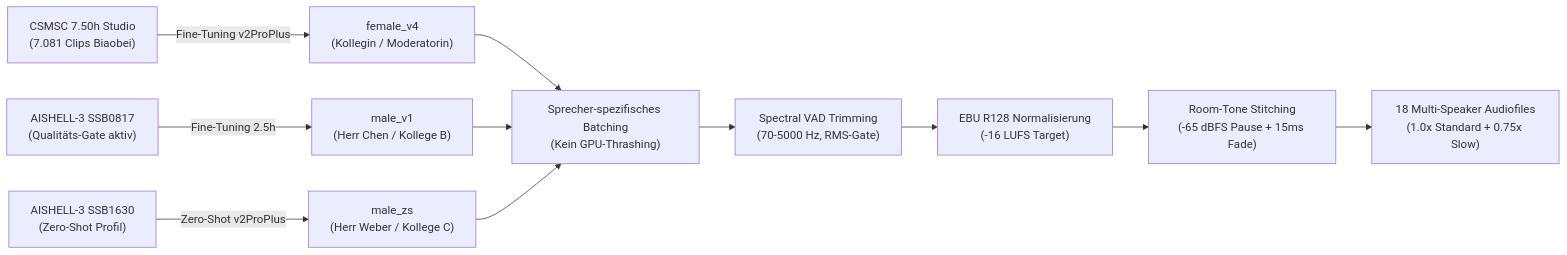
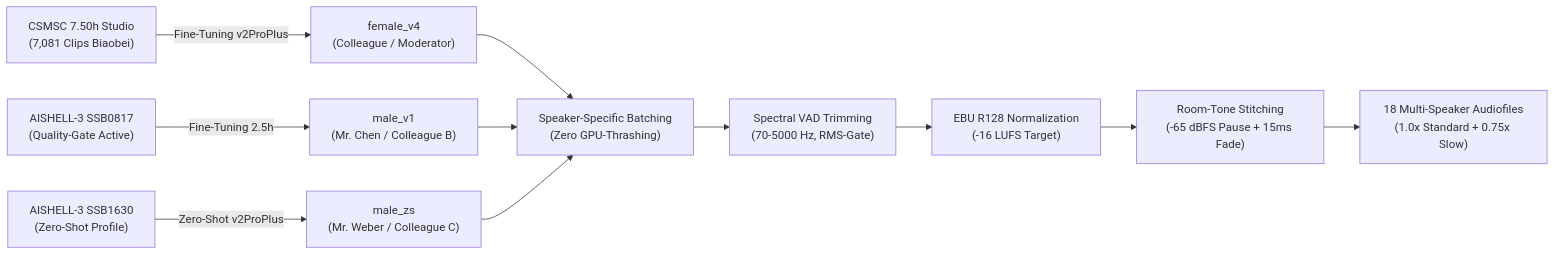
The second of 2 diagrams in src/content/docs/lectures/languages/chinese/index.mdx (NikkuIsRyu/Nikku.github.io), drawn with Mermaid before and after one commit. The commit also changed other lines of this file and 36 other files, not shown here.

````diff
--- a/src/content/docs/lectures/languages/chinese/index.mdx
+++ b/src/content/docs/lectures/languages/chinese/index.mdx
@@ -534,12 +538,12 @@
 ```mermaid
 flowchart LR
-    A["CSMSC 7.50h Studio<br/>(7.081 Clips Biaobei)"] -->|Fine-Tuning v2ProPlus| F["female_v4<br/>(Kollegin / Moderatorin)"]
-    B["AISHELL-3 SSB0817<br/>(Qualitäts-Gate aktiv)"] -->|Fine-Tuning 2.5h| M1["male_v1<br/>(Herr Chen / Kollege B)"]
-    C["AISHELL-3 SSB1630<br/>(Zero-Shot Profil)"] -->|Zero-Shot v2ProPlus| M2["male_zs<br/>(Herr Weber / Kollege C)"]
+    A["CSMSC 7.50h Studio<br/>(7,081 Clips Biaobei)"] -->|Fine-Tuning v2ProPlus| F["female_v4<br/>(Colleague / Moderator)"]
+    B["AISHELL-3 SSB0817<br/>(Quality-Gate Active)"] -->|Fine-Tuning 2.5h| M1["male_v1<br/>(Mr. Chen / Colleague B)"]
+    C["AISHELL-3 SSB1630<br/>(Zero-Shot Profile)"] -->|Zero-Shot v2ProPlus| M2["male_zs<br/>(Mr. Weber / Colleague C)"]
     
-    F & M1 & M2 --> S["Sprecher-spezifisches Batching<br/>(Kein GPU-Thrashing)"]
+    F & M1 & M2 --> S["Speaker-Specific Batching<br/>(Zero GPU-Thrashing)"]
     S --> VAD["Spectral VAD Trimming<br/>(70-5000 Hz, RMS-Gate)"]
-    VAD --> N["EBU R128 Normalisierung<br/>(-16 LUFS Target)"]
+    VAD --> N["EBU R128 Normalization<br/>(-16 LUFS Target)"]
     N --> R["Room-Tone Stitching<br/>(-65 dBFS Pause + 15ms Fade)"]
     R --> OUT["18 Multi-Speaker Audiofiles<br/>(1.0x Standard + 0.75x Slow)"]
 ```
````
